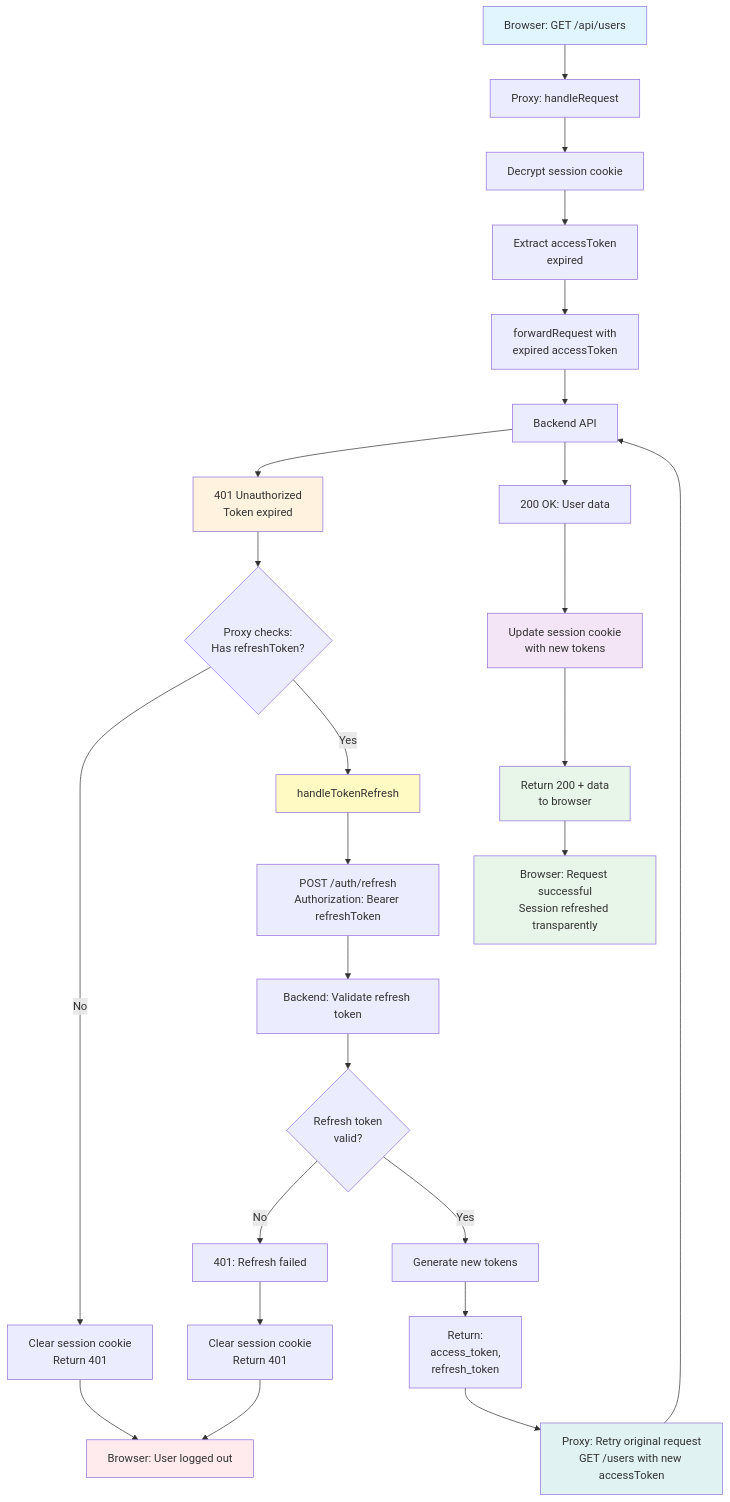
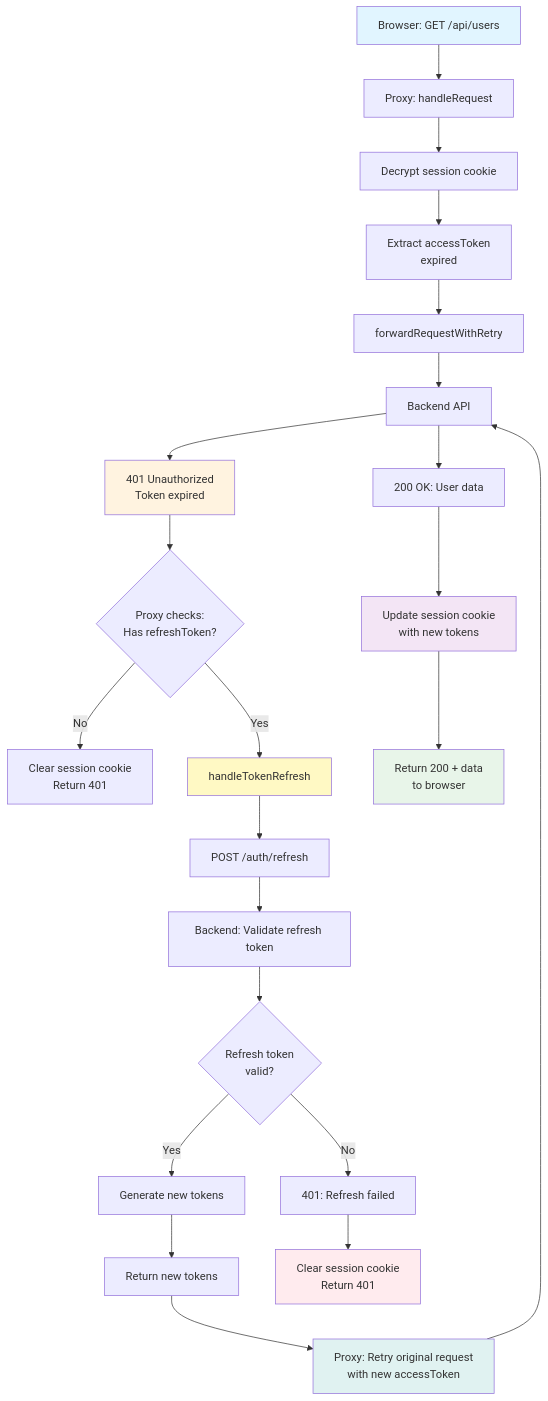
One commit to kisstamasj/nestjs-nextjs-api-proxy changed the fifth of 7 diagrams in API_PROXY_GUIDE.md. Above: the diagram before and after it, drawn with Mermaid. The commit also changed other lines of this file, not shown here.

Commit message:
feat: introduce `rememberMe` option, add robust retry logic and streaming for file uploads, and consolidate proxy utilities

````diff
--- a/API_PROXY_GUIDE.md
+++ b/API_PROXY_GUIDE.md
@@ -213,36 +217,32 @@
 ```mermaid
 flowchart TD
     A[Browser: GET /api/users] --> B[Proxy: handleRequest]
     B --> C[Decrypt session cookie]
     C --> D[Extract accessToken<br/>expired]
-    D --> E[forwardRequest with<br/>expired accessToken]
+    D --> E[forwardRequestWithRetry]
     E --> F[Backend API]
     F --> G[401 Unauthorized<br/>Token expired]
     G --> H{Proxy checks:<br/>Has refreshToken?}
     H -->|No| I[Clear session cookie<br/>Return 401]
     H -->|Yes| J[handleTokenRefresh]
-    J --> K[POST /auth/refresh<br/>Authorization: Bearer refreshToken]
+    J --> K[POST /auth/refresh]
     K --> L[Backend: Validate refresh token]
     L --> M{Refresh token<br/>valid?}
     M -->|No| N[401: Refresh failed]
     M -->|Yes| O[Generate new tokens]
-    O --> P[Return:<br/>access_token,<br/>refresh_token]
-    P --> Q[Proxy: Retry original request<br/>GET /users with new accessToken]
+    O --> P[Return new tokens]
+    P --> Q[Proxy: Retry original request<br/>with new accessToken]
     Q --> F
     F --> R[200 OK: User data]
     R --> S[Update session cookie<br/>with new tokens]
     S --> T[Return 200 + data<br/>to browser]
     N --> U[Clear session cookie<br/>Return 401]
-    I --> V[Browser: User logged out]
-    U --> V
-    T --> W[Browser: Request successful<br/>Session refreshed transparently]
     
     style A fill:#e1f5ff
     style G fill:#fff3e0
     style J fill:#fff9c4
     style Q fill:#e0f2f1
     style S fill:#f3e5f5
     style T fill:#e8f5e9
-    style V fill:#ffebee
-    style W fill:#e8f5e9
+    style U fill:#ffebee
 ```
````
